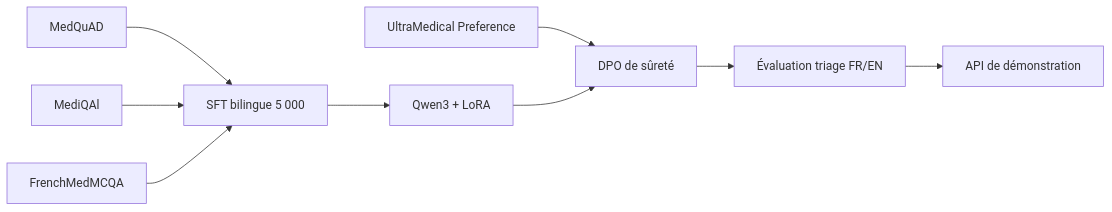
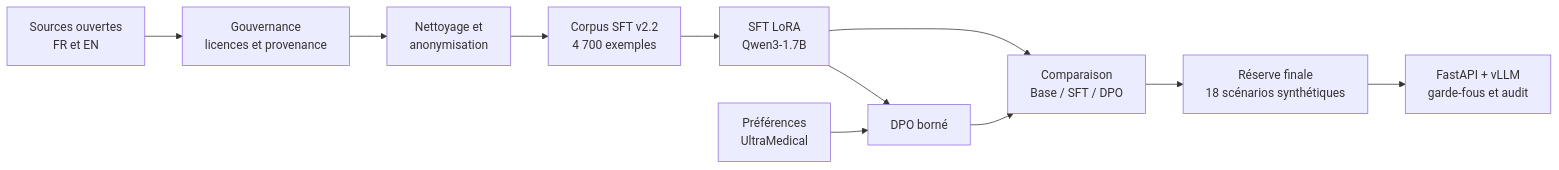
The first of 3 diagrams in README.fr.md (ppluton/medical-triage-llm-poc), drawn with Mermaid before and after one commit. The commit also changed other lines of this file and 484 other files, not shown here.

First line of the commit message:
feat(poc): complete governed medical triage prototype

````diff
--- a/README.fr.md
+++ b/README.fr.md
@@ -18,11 +38,13 @@
 ```mermaid
 flowchart LR
-  A[MedQuAD] --> D[SFT bilingue 5 000]
-  B[MediQAl] --> D
-  C[FrenchMedMCQA] --> D
-  D --> E[Qwen3 + LoRA]
-  U[UltraMedical Preference] --> F[DPO de sûreté]
-  E --> F
-  F --> G[Évaluation triage FR/EN]
-  G --> H[API de démonstration]
+    S[Sources ouvertes<br/>FR et EN] --> G[Gouvernance<br/>licences et provenance]
+    G --> A[Nettoyage et<br/>anonymisation]
+    A --> C[Corpus SFT v2.2<br/>4 700 exemples]
+    C --> T[SFT LoRA<br/>Qwen3-1.7B]
+    P[Préférences<br/>UltraMedical] --> D[DPO borné]
+    T --> D
+    T --> E[Comparaison<br/>Base / SFT / DPO]
+    D --> E
+    E --> R[Réserve finale<br/>18 scénarios synthétiques]
+    R --> API[FastAPI + vLLM<br/>garde-fous et audit]
 ```
````
